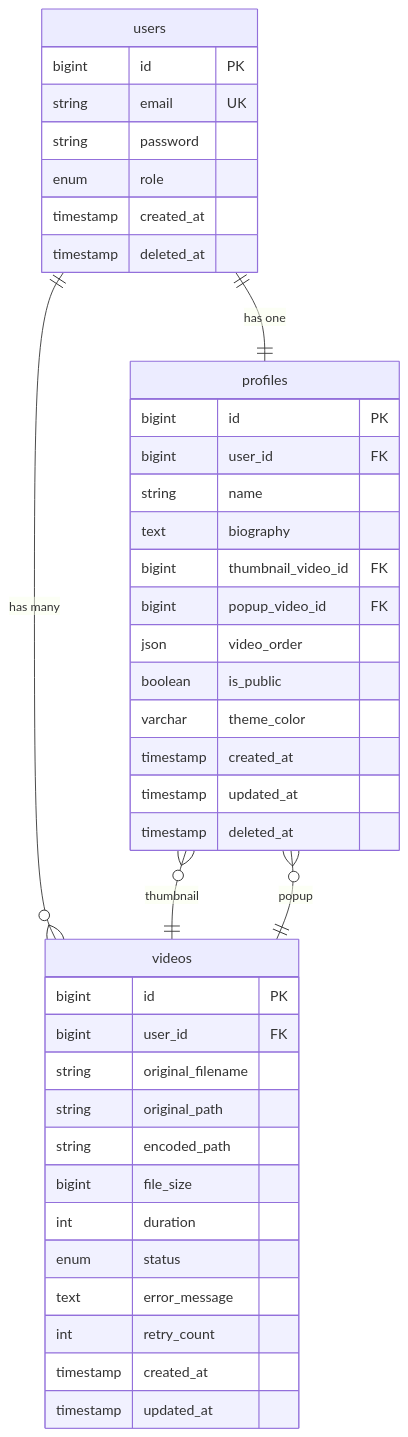
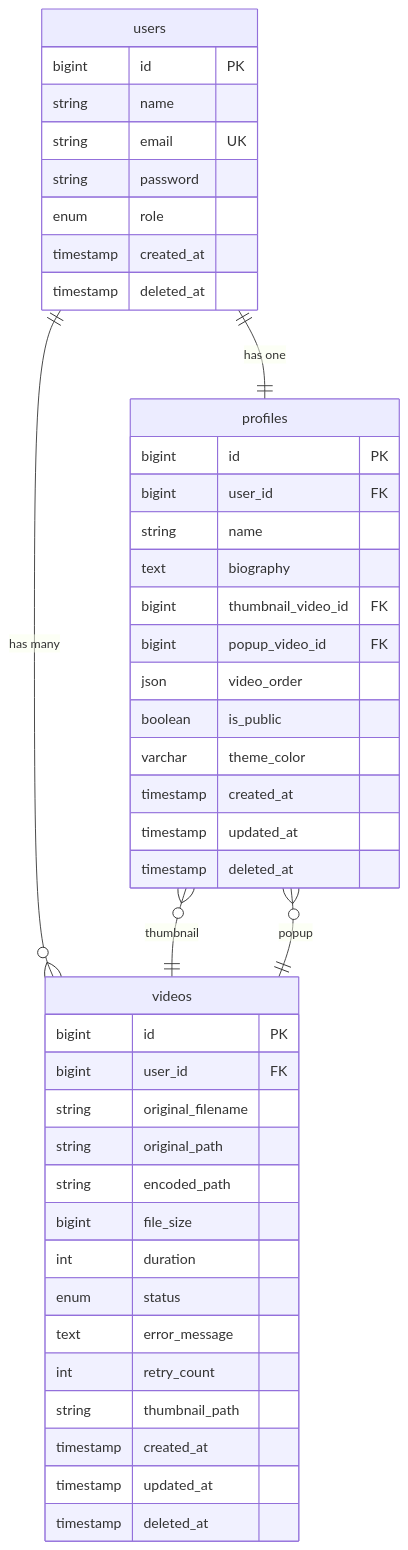
Before and after one commit to tetsu2026/movie-profile: the diagram in docs/design-docs/03_database.md, drawn with Mermaid. The commit also changed other lines of this file and 9 other files, not shown here.

````diff
--- a/docs/design-docs/03_database.md
+++ b/docs/design-docs/03_database.md
@@ -130,46 +137,49 @@
 ```mermaid
 erDiagram
     users ||--|| profiles : "has one"
     users ||--o{ videos : "has many"
     profiles }o--|| videos : "thumbnail"
     profiles }o--|| videos : "popup"
 
     users {
         bigint id PK
+        string name
         string email UK
         string password
         enum role
         timestamp created_at
         timestamp deleted_at
     }
 
     profiles {
         bigint id PK
         bigint user_id FK
         string name
         text biography
         bigint thumbnail_video_id FK
         bigint popup_video_id FK
         json video_order
         boolean is_public
         varchar theme_color
         timestamp created_at
         timestamp updated_at
         timestamp deleted_at
     }
 
     videos {
         bigint id PK
         bigint user_id FK
         string original_filename
         string original_path
         string encoded_path
         bigint file_size
         int duration
         enum status
         text error_message
         int retry_count
+        string thumbnail_path
         timestamp created_at
         timestamp updated_at
+        timestamp deleted_at
     }
 ```
````
